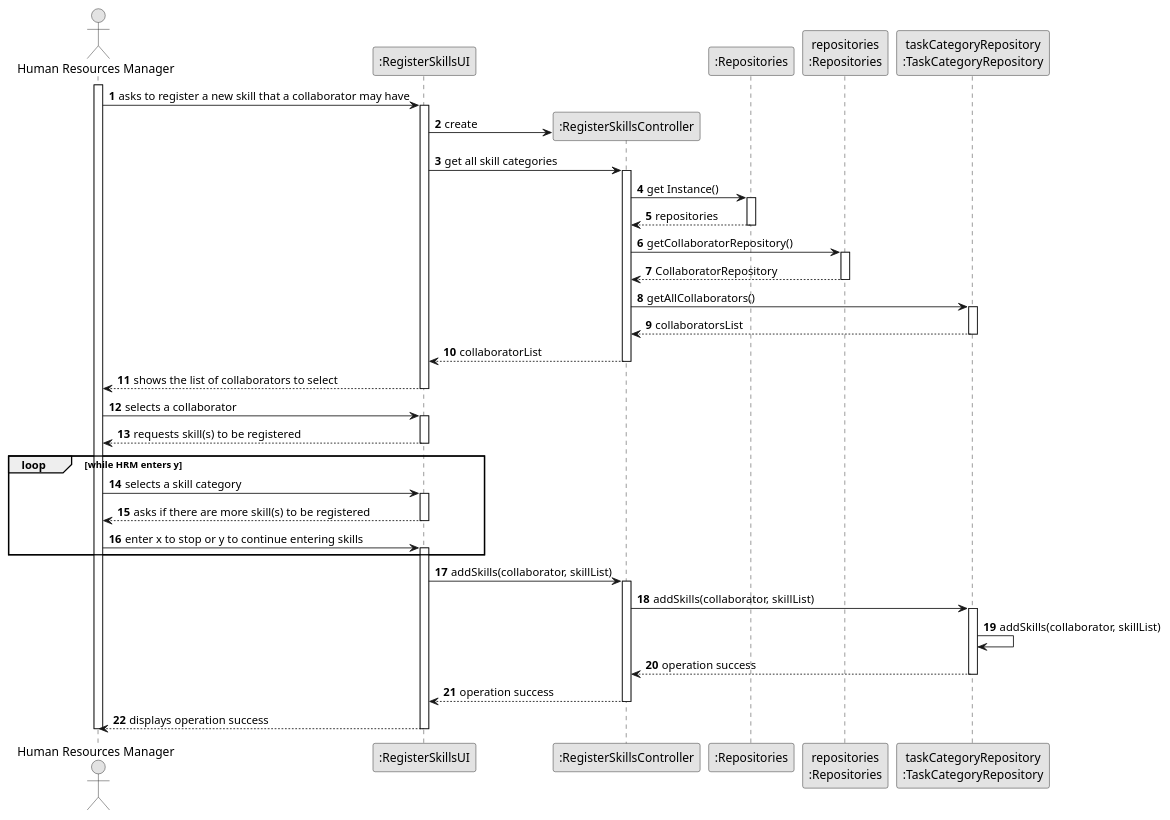
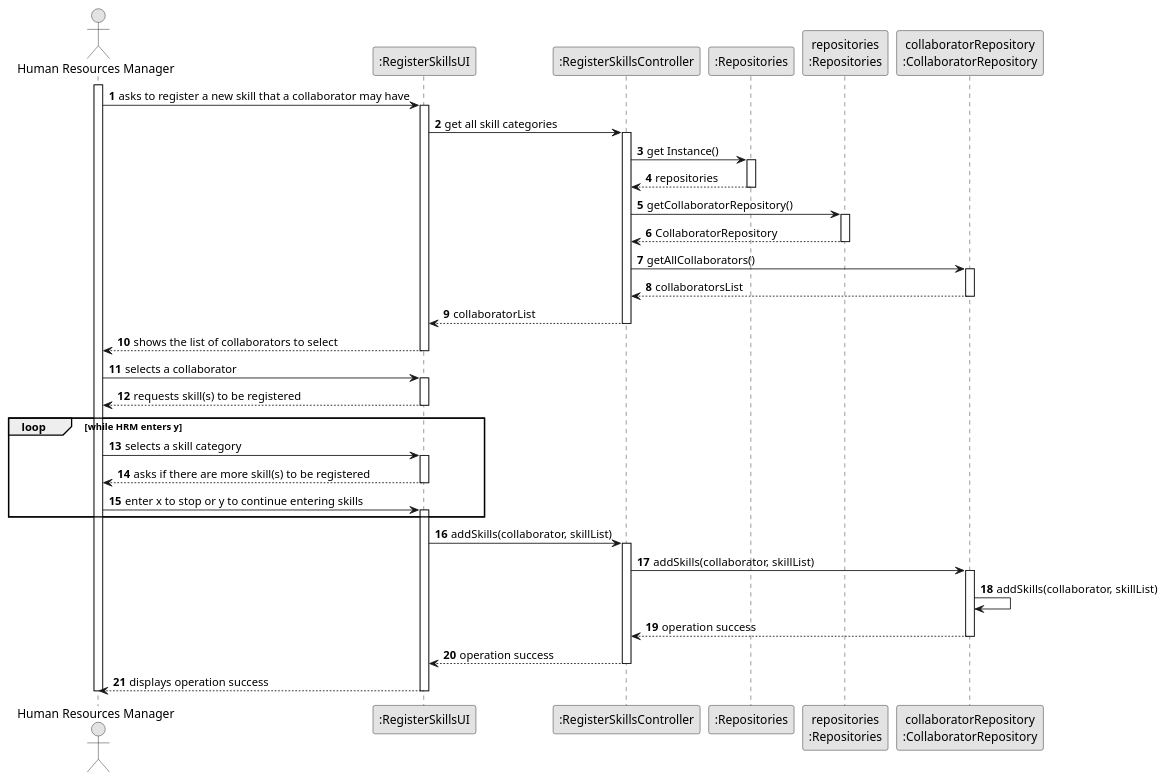
One commit to RicardoMorim/lapr2-ISEP-Project changed the diagram in docs/sprintC/us001/03.design/puml/us001-sequence-diagram-full.puml. Above: the diagram before and after it, drawn with PlantUML. The commit also changed 1 other file, not shown here.

```diff
--- a/docs/sprintC/us001/03.design/puml/us001-sequence-diagram-full.puml
+++ b/docs/sprintC/us001/03.design/puml/us001-sequence-diagram-full.puml
@@ -1,64 +1,63 @@
 @startuml
 'https://plantuml.com/sequence-diagram
 skinparam monochrome true
 skinparam packageStyle rectangle
 skinparam shadowing false
 
 autonumber
 
 'hide footbox
 actor "Human Resources Manager" as HRM
 participant ":RegisterSkillsUI" as RSUI
 participant ":RegisterSkillsController" as RSC
 participant ":Repositories" as R
 participant "repositories\n:Repositories" as RR
-participant "taskCategoryRepository\n:TaskCategoryRepository" as TCR
+participant "collaboratorRepository\n:CollaboratorRepository" as TCR
 
 activate HRM
 HRM -> RSUI: asks to register a new skill that a collaborator may have
 activate RSUI
-    RSUI -> RSC**: create
     RSUI -> RSC: get all skill categories
     activate RSC
         RSC -> R: get Instance()
         activate R
         RSC <-- R: repositories
         deactivate R
         RSC -> RR: getCollaboratorRepository()
         activate RR
         RSC <-- RR: CollaboratorRepository
         deactivate RR
         RSC -> TCR: getAllCollaborators()
         activate TCR
         RSC <-- TCR: collaboratorsList
         deactivate TCR
     RSUI <-- RSC: collaboratorList
     deactivate RSC
 HRM <-- RSUI : shows the list of collaborators to select
 deactivate RSUI
 HRM -> RSUI: selects a collaborator
 activate RSUI
 RSUI --> HRM: requests skill(s) to be registered
 
 loop while HRM enters y
 deactivate RSUI
 HRM -> RSUI: selects a skill category
 activate RSUI
 HRM <-- RSUI: asks if there are more skill(s) to be registered
 deactivate RSUI
 HRM -> RSUI: enter x to stop or y to continue entering skills
 activate RSUI
 end
     RSUI -> RSC: addSkills(collaborator, skillList)
     activate RSC
         RSC -> TCR  : addSkills(collaborator, skillList)
         activate TCR
             TCR -> TCR  : addSkills(collaborator, skillList)
             RSC <-- TCR : operation success
         deactivate TCR
         RSUI <-- RSC: operation success
     deactivate RSC
 HRM <-- RSUI: displays operation success
 deactivate RSUI
 deactivate HRM
 @enduml
```
